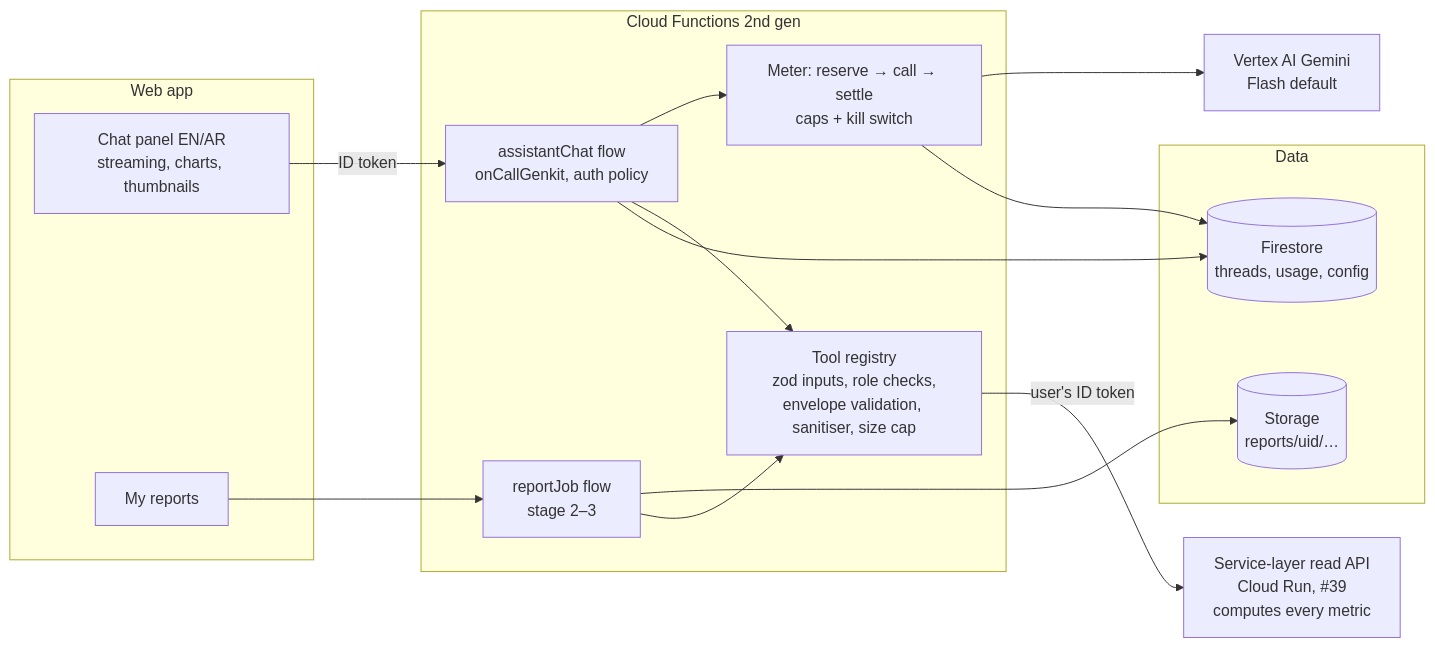
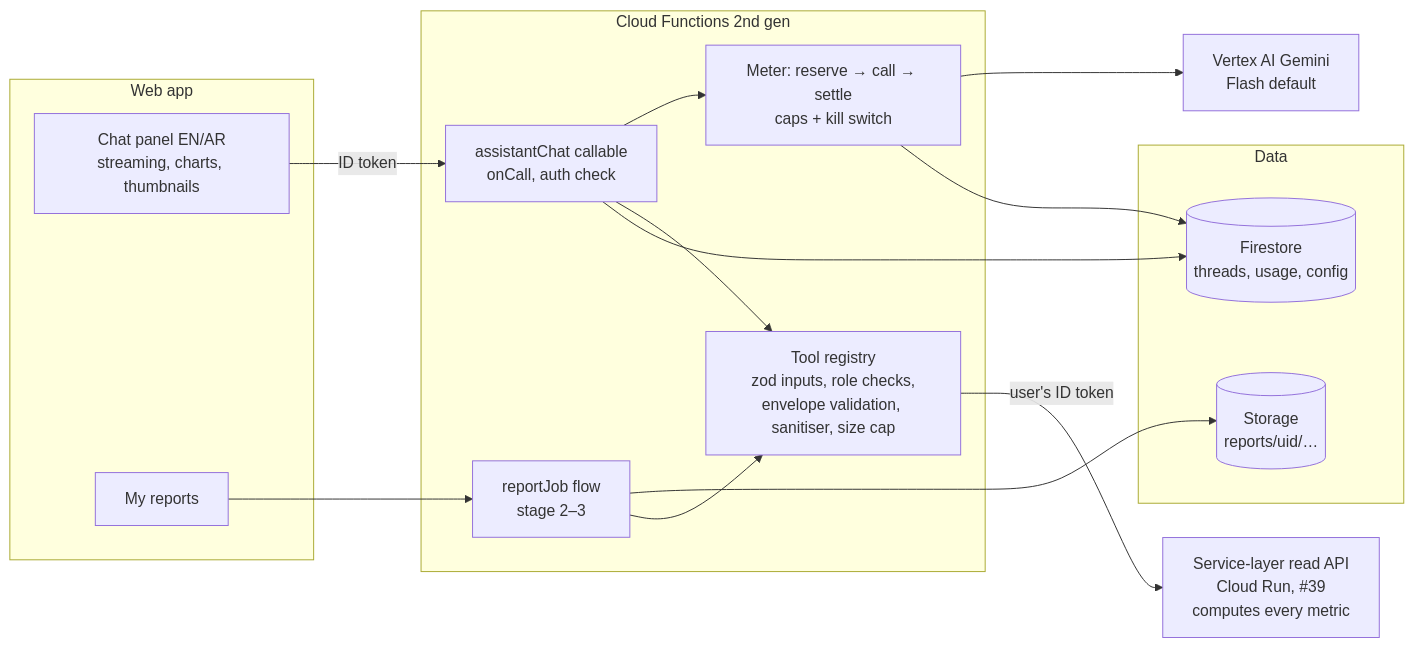
One commit to muttonkodibiriyani/product_intelligence changed the diagram in docs/design/ai-assistant.md. Above: the diagram before and after it, drawn with Mermaid. The commit also changed other lines of this file and 31 other files, not shown here.

````diff
--- a/docs/design/ai-assistant.md
+++ b/docs/design/ai-assistant.md
@@ -59,26 +69,26 @@
 ```mermaid
 flowchart LR
   subgraph Browser["Web app"]
     UI[Chat panel EN/AR<br/>streaming, charts, thumbnails]
     MR[My reports]
   end
   subgraph Fn["Cloud Functions 2nd gen"]
-    G[assistantChat flow<br/>onCallGenkit, auth policy]
+    G[assistantChat callable<br/>onCall, auth check]
     RP[reportJob flow<br/>stage 2–3]
     T[Tool registry<br/>zod inputs, role checks,<br/>envelope validation, sanitiser, size cap]
     MET[Meter: reserve → call → settle<br/>caps + kill switch]
   end
   API[Service-layer read API<br/>Cloud Run, #39<br/>computes every metric]
   subgraph Data
     FS[(Firestore<br/>threads, usage, config)]
     RS[(Storage<br/>reports/uid/…)]
   end
   VX[Vertex AI Gemini<br/>Flash default]
   UI -- ID token --> G
   G --> MET --> VX
   MET --> FS
   G --> T -- user's ID token --> API
   G --> FS
   MR --> RP --> RS
   RP --> T
 ```
````
